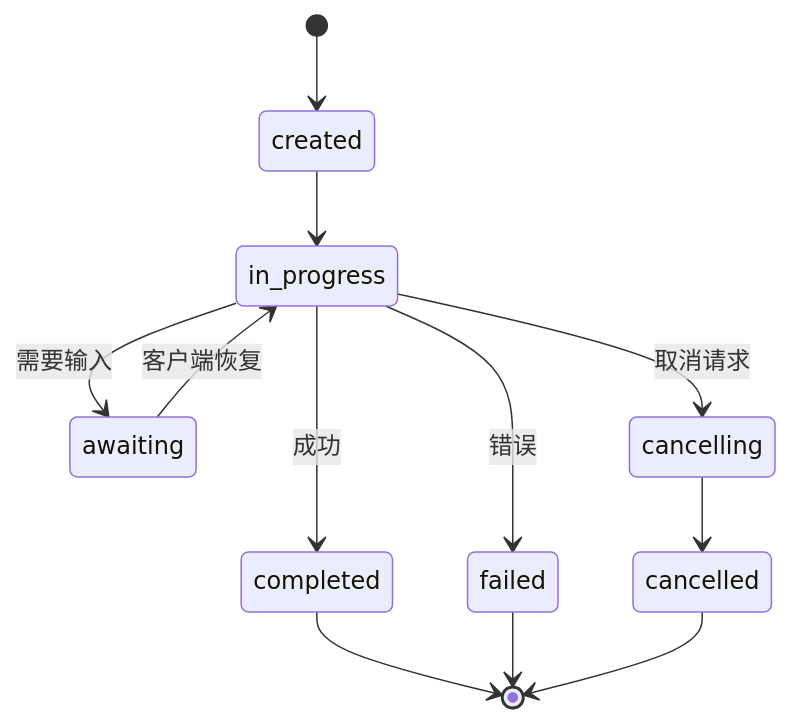
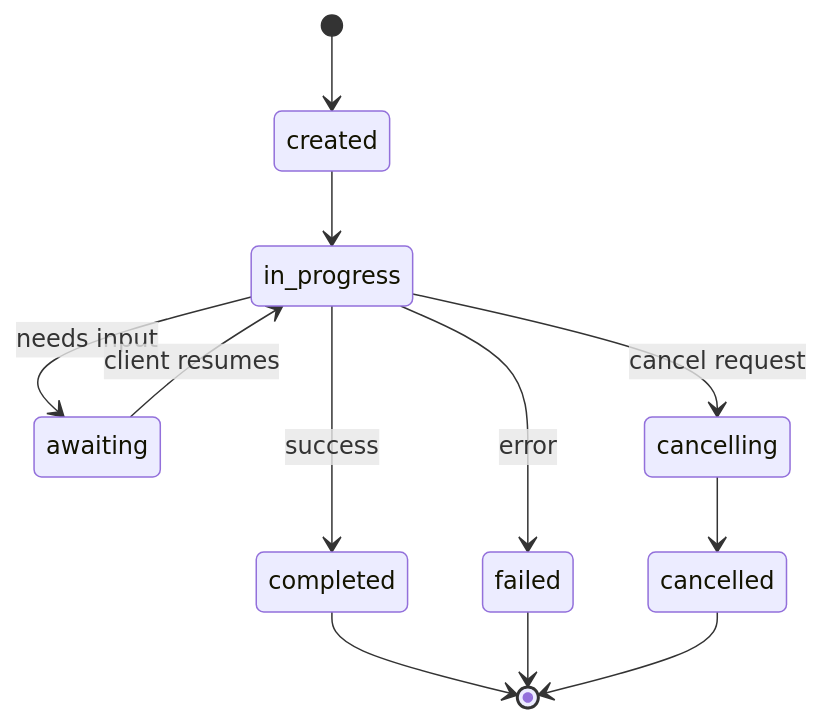
The seventh of 13 diagrams in i18n/zh/phases/16-multi-agent-and-swarms/03-communication-protocols/docs/zh.md (xiaojiaenen/ai-engineering-from-scratch-zh), drawn with Mermaid before and after one commit. The commit also changed other lines of this file and 25 other files, not shown here.

````diff
--- a/i18n/zh/phases/16-multi-agent-and-swarms/03-communication-protocols/docs/zh.md
+++ b/i18n/zh/phases/16-multi-agent-and-swarms/03-communication-protocols/docs/zh.md
@@ -357,15 +357,15 @@
 ```mermaid
 stateDiagram-v2
     [*] --> created
     created --> in_progress
-    in_progress --> completed: 成功
-    in_progress --> failed: 错误
-    in_progress --> awaiting: 需要输入
-    awaiting --> in_progress: 客户端恢复
-    in_progress --> cancelling: 取消请求
+    in_progress --> completed: success
+    in_progress --> failed: error
+    in_progress --> awaiting: needs input
+    awaiting --> in_progress: client resumes
+    in_progress --> cancelling: cancel request
     cancelling --> cancelled
 
     completed --> [*]
     failed --> [*]
     cancelled --> [*]
 ```
````
